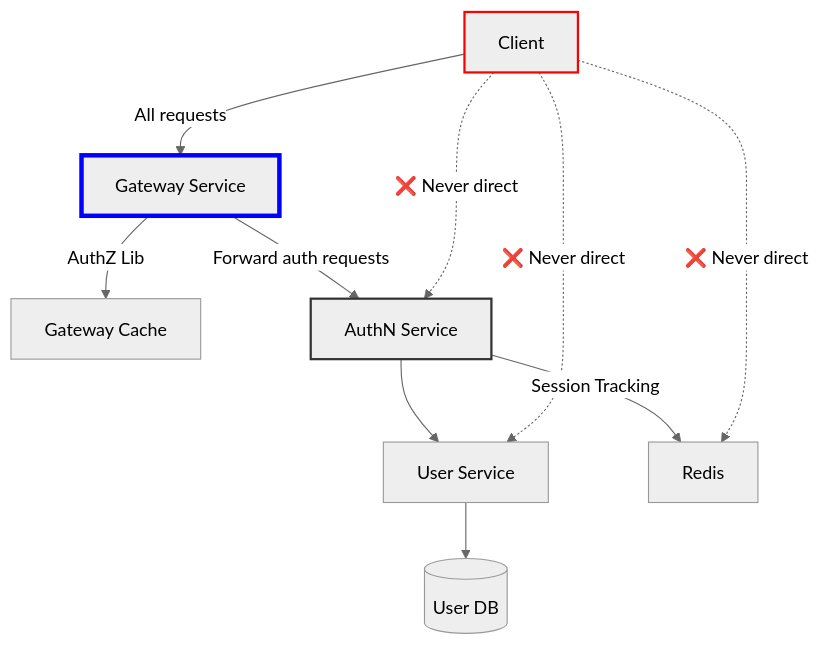
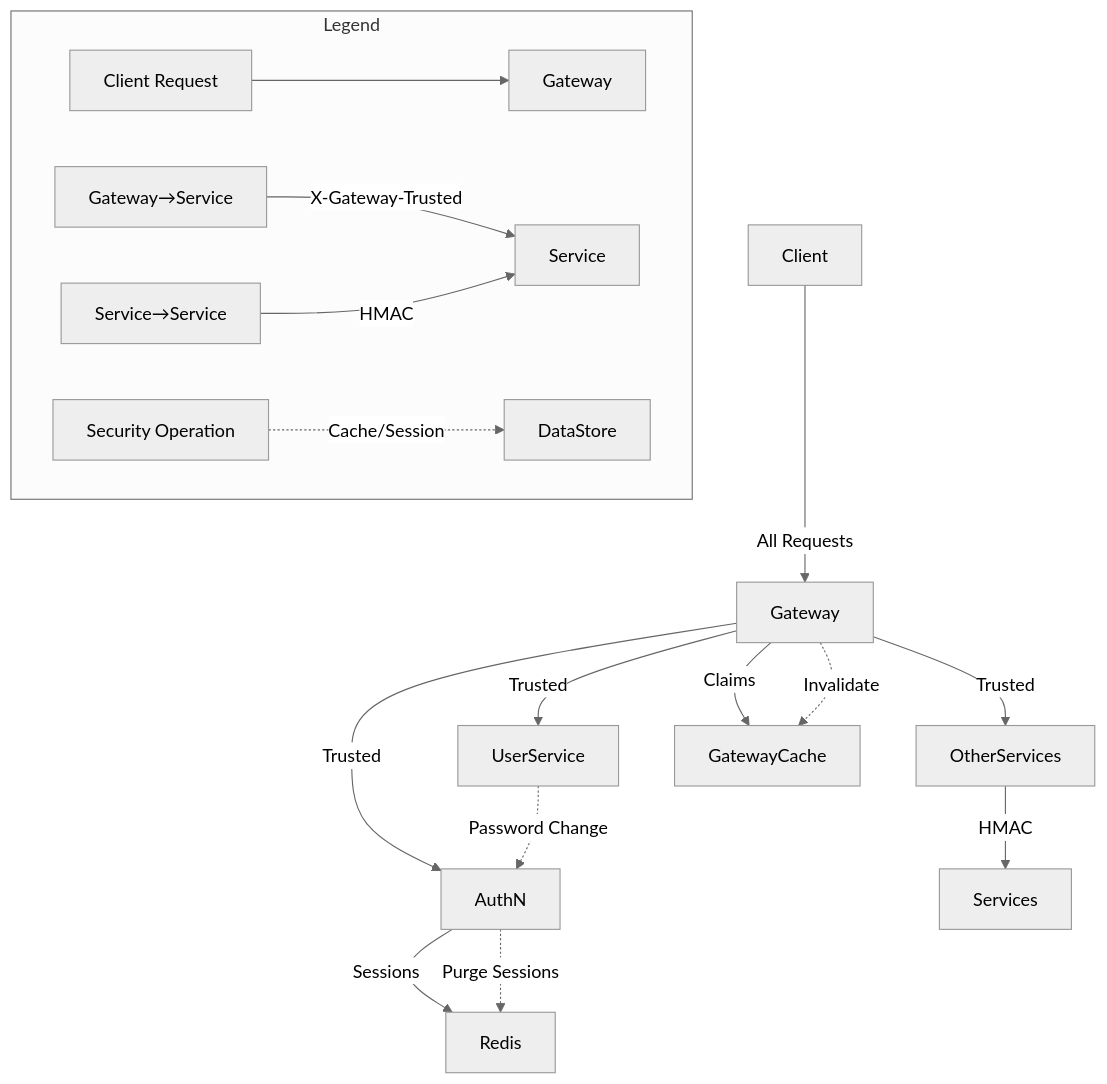
One commit to Cloud-Commerce/microservices-orchestration changed the diagram in AuthN-AuthZ-Flow.md. Above: the diagram before and after it, drawn with Mermaid (neutral theme).

````diff
--- a/AuthN-AuthZ-Flow.md
+++ b/AuthN-AuthZ-Flow.md
@@ -1,19 +1,23 @@
 ```mermaid
 graph TD
-    C[Client] -->|All requests| G[Gateway Service]
-    G -->|AuthZ Lib| H[Gateway Cache]
-    G -->|Forward auth requests| A[AuthN Service]
-    A --> U[User Service]
-    A -->|Session Tracking| R[Redis]
-    U --> DB[(User DB)]
+    C[Client] -->|All Requests| G[Gateway]
+    G -->|Trusted| A[AuthN]
+    G -->|Trusted| U[UserService]
+    G -->|Trusted| S[OtherServices]
+    A -->|Sessions| R[Redis]
+    G -->|Claims| H[GatewayCache]
+    S -->|HMAC| OtherS[Services]
 
-    %% Strict communication rules
-    style C stroke:#ff0000,stroke-width:2px
-    style G stroke:#0000ff,stroke-width:4px
-    style A stroke:#333,stroke-width:2px
+    %% Security Operations
+    G -.->|Invalidate| H
+    A -.->|Purge Sessions| R
+    U -.->|Password Change| A
 
-    %% No direct client-service paths
-    C -.->|❌ Never direct| A
-    C -.->|❌ Never direct| U
-    C -.->|❌ Never direct| R
+    %% Legend
+    subgraph Legend
+        ClientFlow[Client Request] --> Gateway
+        TrustedFlow[Gateway→Service] -->|X-Gateway-Trusted| Service
+        InternalAuth[Service→Service] -->|HMAC| Service
+        SecurityOp[Security Operation] -.->|Cache/Session| DataStore
+    end
 ```
````
